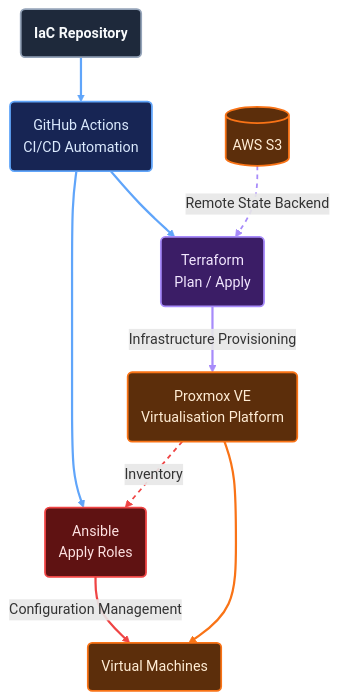
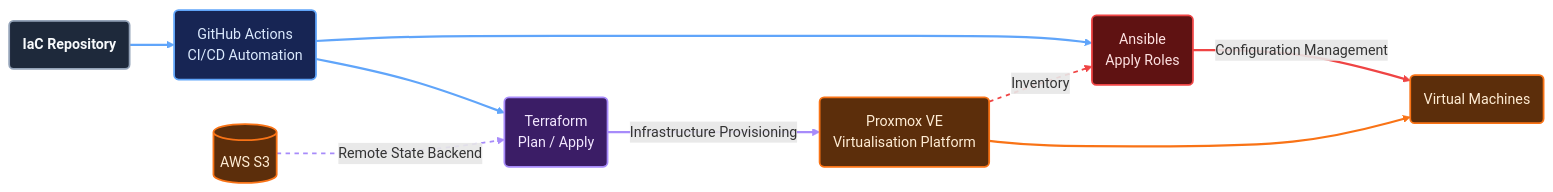
One commit to rauland/iac changed the diagram in README.md. Above: the diagram before and after it, drawn with Mermaid.

````diff
--- a/README.md
+++ b/README.md
@@ -10,63 +10,63 @@
 ```mermaid
 %%{init: {
   "theme": "base",
   "themeVariables": {
     "background": "#0B1120",
     "fontFamily": "Inter, Arial, sans-serif",
     "fontSize": "14px",
     "lineColor": "#64748B",
     "textColor": "#080c11",
     "clusterBkg": "#111827",
     "clusterBorder": "#334155"
   },
   "flowchart": {
     "htmlLabels": true,
     "curve": "basis",
     "nodeSpacing": 45,
     "rankSpacing": 60,
   }
 }}%%
 
-graph TD
+graph LR
     repo("<b>IaC Repository")
     actions("GitHub Actions<br/>CI/CD Automation")
     tf("Terraform<br/>Plan / Apply")
     s3[("AWS S3")]
     pve("Proxmox VE<br/>Virtualisation Platform")
     ansible("Ansible<br/>Apply Roles")
     vms("Virtual Machines")
 
     repo --> actions
     actions --> tf
     actions --> ansible
     s3 -->|Remote State Backend| tf
     tf -->|Infrastructure Provisioning| pve
     pve --> vms
     pve -->|Inventory| ansible
     ansible -->|Configuration Management| vms
 
     classDef source fill:#1E293B,stroke:#94A3B8,color:#F8FAFC,stroke-width:2px
     classDef cicd fill:#172554,stroke:#60A5FA,color:#DBEAFE,stroke-width:2px
     classDef terraform fill:#3B1D66,stroke:#A78BFA,color:#F3E8FF,stroke-width:2px
     classDef ansible fill:#5F1212,stroke:#EF4444,color:#FEE2E2,stroke-width:2px
     classDef infra fill:#5C2E0B,stroke:#F97316,color:#FFEDD5,stroke-width:2px
     classDef compute fill:#1F2937,stroke:#64748B,color:#F8FAFC,stroke-width:2px
 
     class repo source
     class actions cicd
     class tf terraform
     class ansible ansible
     class pve infra
     class s3 infra
     class vms infra
 
     linkStyle 0 stroke:#60A5FA,stroke-width:2.5px
     linkStyle 1 stroke:#60A5FA,stroke-width:2.5px
     linkStyle 2 stroke:#60A5FA,stroke-width:2.5px
     linkStyle 3 stroke:#A78BFA,stroke-width:2px,stroke-dasharray:5 5
     linkStyle 4 stroke:#A78BFA,stroke-width:2.5px
     linkStyle 5 stroke:#F97316,stroke-width:2.5px
     linkStyle 6 stroke:#EF4444,stroke-width:2px,stroke-dasharray:5 5
     linkStyle 7 stroke:#EF4444,stroke-width:2.5px
 
 ```
````
